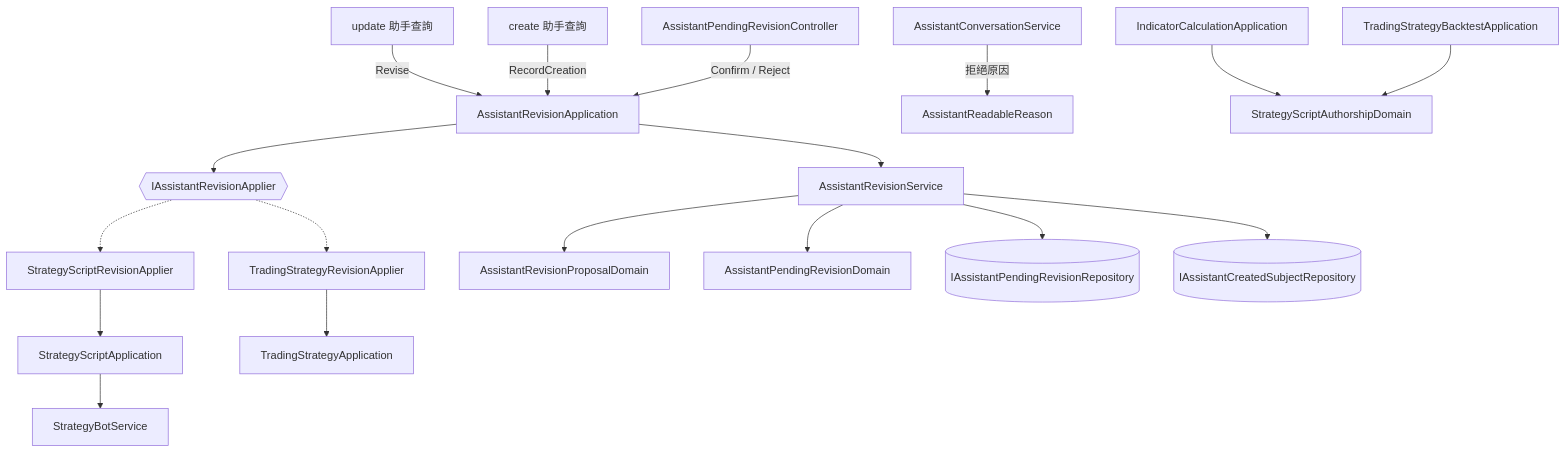
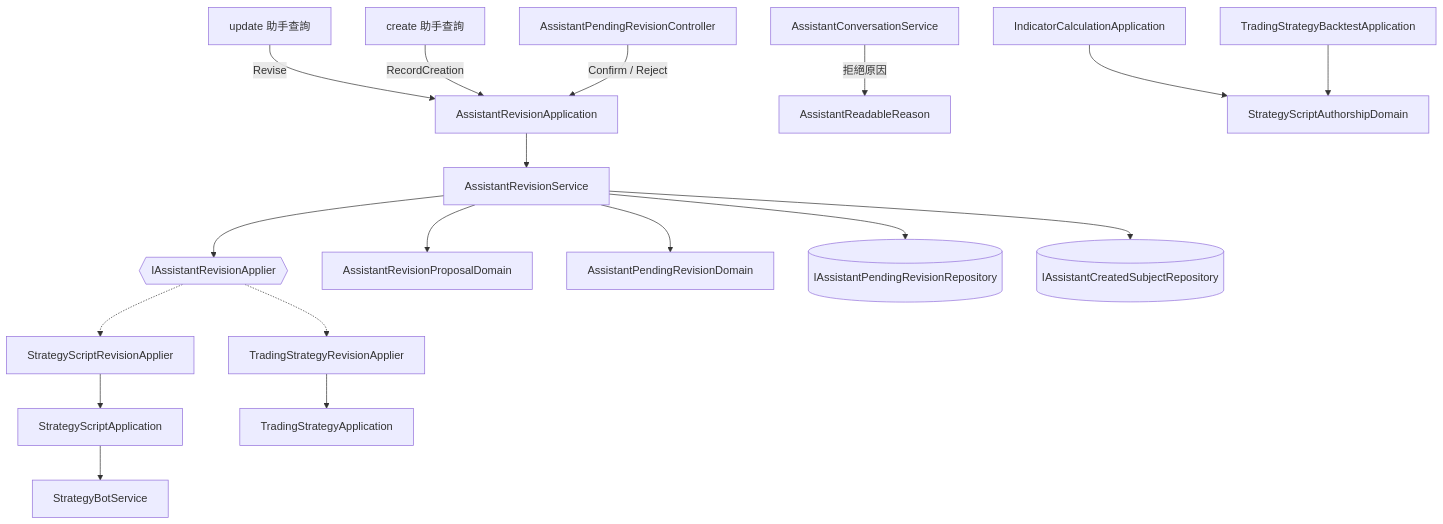
The diagram in .sdd/2026-09-26-assistant-injection-hardening/ARCH.md (CodeMachine0121/go-trading), drawn with Mermaid before and after one commit. The commit also changed other lines of this file and 7 other files, not shown here.

````diff
--- a/.sdd/2026-09-26-assistant-injection-hardening/ARCH.md
+++ b/.sdd/2026-09-26-assistant-injection-hardening/ARCH.md
@@ -86,20 +86,20 @@
 ```mermaid
 flowchart TD
     UQ[update 助手查詢] -->|Revise| RA[AssistantRevisionApplication]
     CQ[create 助手查詢] -->|RecordCreation| RA
     PC[AssistantPendingRevisionController] -->|Confirm / Reject| RA
     RA --> RS[AssistantRevisionService]
-    RA --> AP{{IAssistantRevisionApplier}}
+    RS --> AP{{IAssistantRevisionApplier}}
     AP -.-> SA[StrategyScriptRevisionApplier]
     AP -.-> TA[TradingStrategyRevisionApplier]
     SA --> SSA[StrategyScriptApplication]
     TA --> TSA[TradingStrategyApplication]
     SSA --> SBS[StrategyBotService]
     RS --> PRD[AssistantRevisionProposalDomain]
     RS --> PD[AssistantPendingRevisionDomain]
     RS --> R1[(IAssistantPendingRevisionRepository)]
     RS --> R2[(IAssistantCreatedSubjectRepository)]
     ACS[AssistantConversationService] -->|拒絕原因| ARR[AssistantReadableReason]
     ICA[IndicatorCalculationApplication] --> AUD[StrategyScriptAuthorshipDomain]
     TBA[TradingStrategyBacktestApplication] --> AUD
 ```
````
